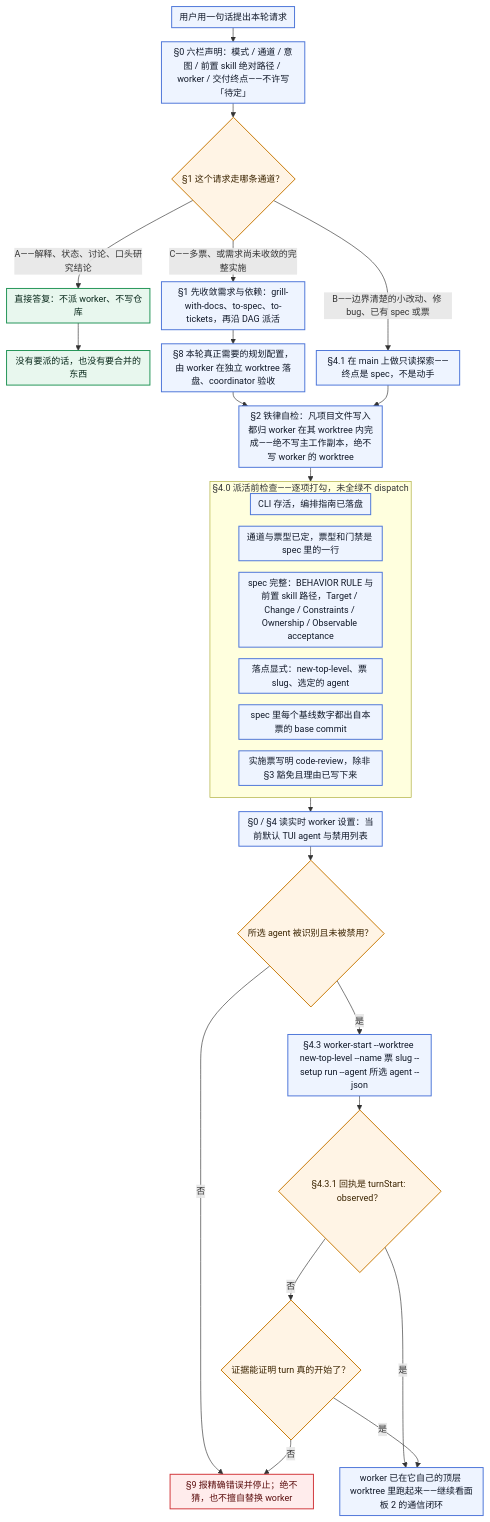
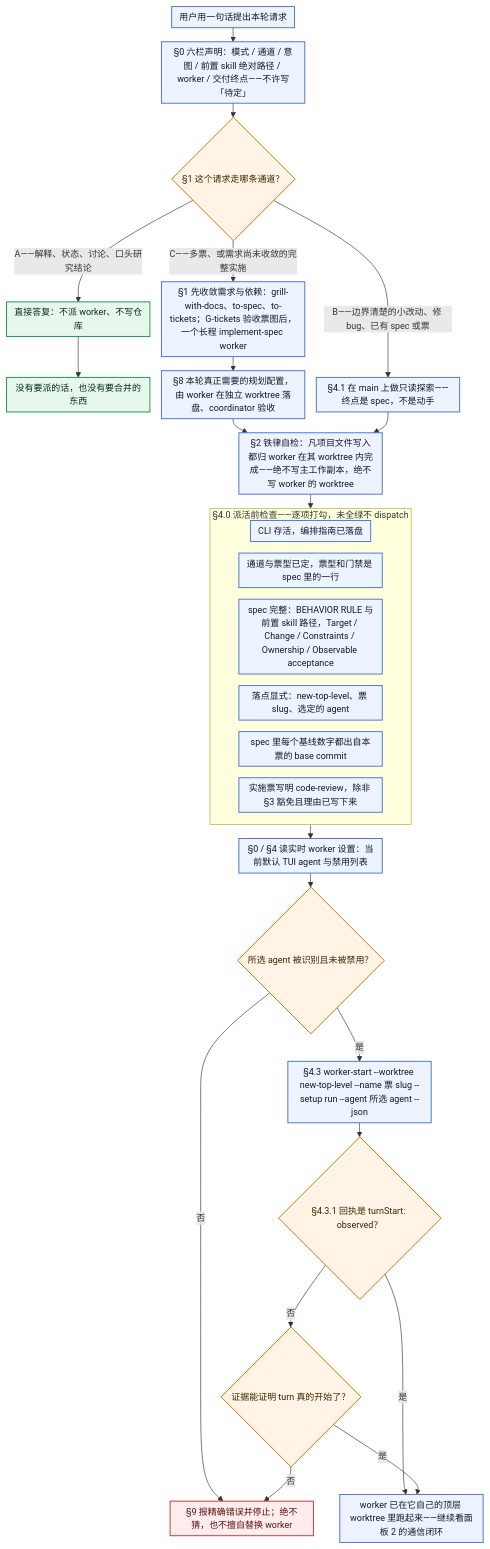
Before and after one commit to lindoo67/orchestra-auto: the first of 4 diagrams in README.zh-CN.md, drawn with Mermaid. The commit also changed other lines of this file and 20 other files, not shown here.

````diff
--- a/README.zh-CN.md
+++ b/README.zh-CN.md
@@ -49,44 +53,44 @@
 ```mermaid
 %%{init: {"themeVariables": {"fontSize": "14px"}, "flowchart": {"nodeSpacing": 18, "rankSpacing": 22, "padding": 6, "diagramPadding": 4, "useMaxWidth": true}}}%%
 flowchart TD
     START["用户用一句话提出本轮请求"] --> DECL["§0 六栏声明：模式 / 通道 / 意图 / 前置 skill 绝对路径 / worker / 交付终点——不许写「待定」"]
     DECL --> CH{"§1 这个请求走哪条通道？"}
     CH -->|"A——解释、状态、讨论、口头研究结论"| ANS["直接答复：不派 worker、不写仓库"]
     ANS --> DONE_A["没有要派的话，也没有要合并的东西"]
     CH -->|"B——边界清楚的小改动、修 bug、已有 spec 或票"| SCOUT["§4.1 在 main 上做只读探索——终点是 spec，不是动手"]
-    CH -->|"C——多票、或需求尚未收敛的完整实施"| CONV["§1 先收敛需求与依赖：grill-with-docs、to-spec、to-tickets，再沿 DAG 派活"]
+    CH -->|"C——多票、或需求尚未收敛的完整实施"| CONV["§1 先收敛需求与依赖：grill-with-docs、to-spec、to-tickets；G-tickets 验收票图后，一个长程 implement-spec worker"]
     CONV --> PLAN8["§8 本轮真正需要的规划配置，由 worker 在独立 worktree 落盘、coordinator 验收"]
     PLAN8 --> HARD
     SCOUT --> HARD
     HARD["§2 铁律自检：凡项目文件写入都归 worker 在其 worktree 内完成——绝不写主工作副本，绝不写 worker 的 worktree"]
 
     HARD --> PF
     subgraph PF["§4.0 派活前检查——逐项打勾，未全绿不 dispatch"]
         P1["CLI 存活，编排指南已落盘"]
         P2["通道与票型已定，票型和门禁是 spec 里的一行"]
         P3["spec 完整：BEHAVIOR RULE 与前置 skill 路径，Target / Change / Constraints / Ownership / Observable acceptance"]
         P4["落点显式：new-top-level、票 slug、选定的 agent"]
         P5["spec 里每个基线数字都出自本票的 base commit"]
         P6["实施票写明 code-review，除非 §3 豁免且理由已写下来"]
     end
     PF --> SETTINGS
     SETTINGS["§0 / §4 读实时 worker 设置：当前默认 TUI agent 与禁用列表"]
     SETTINGS --> USABLE{"所选 agent 被识别且未被禁用？"}
     USABLE -->|"否"| FAILSTOP["§9 报精确错误并停止；绝不猜，也不擅自替换 worker"]
     USABLE -->|"是"| DISPATCH["§4.3 worker-start --worktree new-top-level --name 票 slug --setup run --agent 所选 agent --json"]
     DISPATCH --> TURN{"§4.3.1 回执是 turnStart: observed？"}
     TURN -->|"是"| LIVE
     TURN -->|"否"| PROVE{"证据能证明 turn 真的开始了？"}
     PROVE -->|"是"| LIVE
     PROVE -->|"否"| FAILSTOP
     LIVE["worker 已在它自己的顶层 worktree 里跑起来——继续看面板 2 的通信闭环"]
 
     classDef phase fill:#eef4ff,stroke:#4b74d8,color:#101828,stroke-width:1.5px
     classDef gate fill:#fff4e5,stroke:#c77700,color:#3b2400,stroke-width:1.5px
     classDef stop fill:#ffecec,stroke:#d13438,color:#5a0d0d,stroke-width:1.5px
     classDef ok fill:#e8f7ee,stroke:#1f9254,color:#08281a,stroke-width:1.5px
     class START,DECL,HARD,P1,P2,P3,P4,P5,P6,SETTINGS,DISPATCH,SCOUT,CONV,PLAN8,LIVE phase
     class CH,USABLE,TURN,PROVE gate
     class FAILSTOP stop
     class ANS,DONE_A ok
 ```
````
